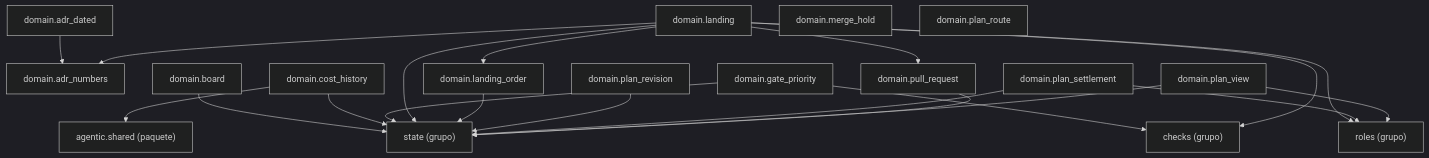
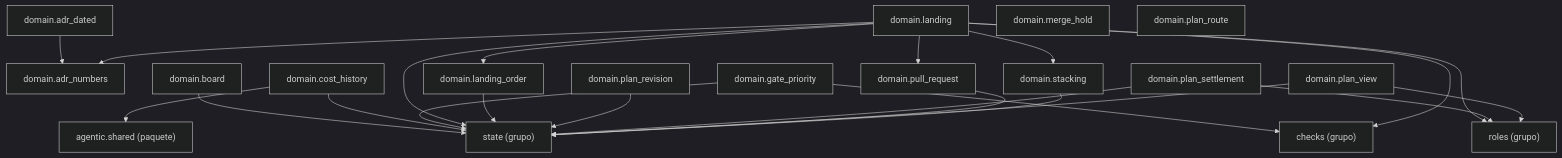
One commit to GonzaloZevallos/agentic-system changed the diagram in docs/architecture/generated/packages-process-domain-landing.md. Above: the diagram before and after it, drawn with Mermaid (dark theme). The commit also changed 22 other files, not shown here.

Commit message:
Regenerate the architecture docs after merging master

````diff
--- a/docs/architecture/generated/packages-process-domain-landing.md
+++ b/docs/architecture/generated/packages-process-domain-landing.md
@@ -12,39 +12,42 @@
 ```mermaid
 graph TD
     g_domain__checks["checks (grupo)"]
     g_domain__roles["roles (grupo)"]
     g_domain__state["state (grupo)"]
     g_pkg__agentic__shared["agentic.shared (paquete)"]
     m_domain__adr_dated["domain.adr_dated"]
     m_domain__adr_numbers["domain.adr_numbers"]
     m_domain__board["domain.board"]
     m_domain__cost_history["domain.cost_history"]
     m_domain__gate_priority["domain.gate_priority"]
     m_domain__landing["domain.landing"]
     m_domain__landing_order["domain.landing_order"]
     m_domain__merge_hold["domain.merge_hold"]
     m_domain__plan_revision["domain.plan_revision"]
     m_domain__plan_route["domain.plan_route"]
     m_domain__plan_settlement["domain.plan_settlement"]
     m_domain__plan_view["domain.plan_view"]
     m_domain__pull_request["domain.pull_request"]
+    m_domain__stacking["domain.stacking"]
     m_domain__adr_dated --> m_domain__adr_numbers
     m_domain__board --> g_domain__state
     m_domain__cost_history --> g_domain__state
     m_domain__cost_history --> g_pkg__agentic__shared
     m_domain__gate_priority --> g_domain__checks
     m_domain__gate_priority --> g_domain__state
     m_domain__landing --> g_domain__checks
     m_domain__landing --> g_domain__roles
     m_domain__landing --> g_domain__state
     m_domain__landing --> m_domain__adr_numbers
     m_domain__landing --> m_domain__landing_order
     m_domain__landing --> m_domain__pull_request
+    m_domain__landing --> m_domain__stacking
     m_domain__landing_order --> g_domain__state
     m_domain__plan_revision --> g_domain__state
     m_domain__plan_settlement --> g_domain__roles
     m_domain__plan_settlement --> g_domain__state
     m_domain__plan_view --> g_domain__roles
     m_domain__plan_view --> g_domain__state
     m_domain__pull_request --> g_domain__state
+    m_domain__stacking --> g_domain__state
 ```
````
